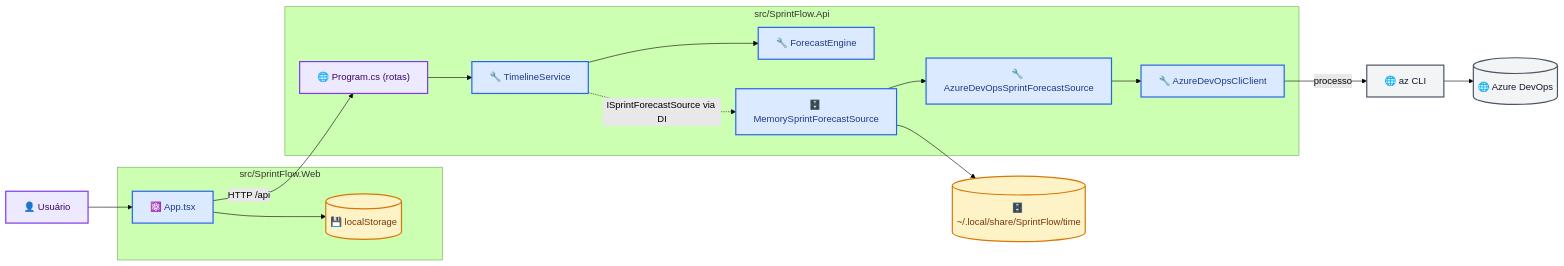
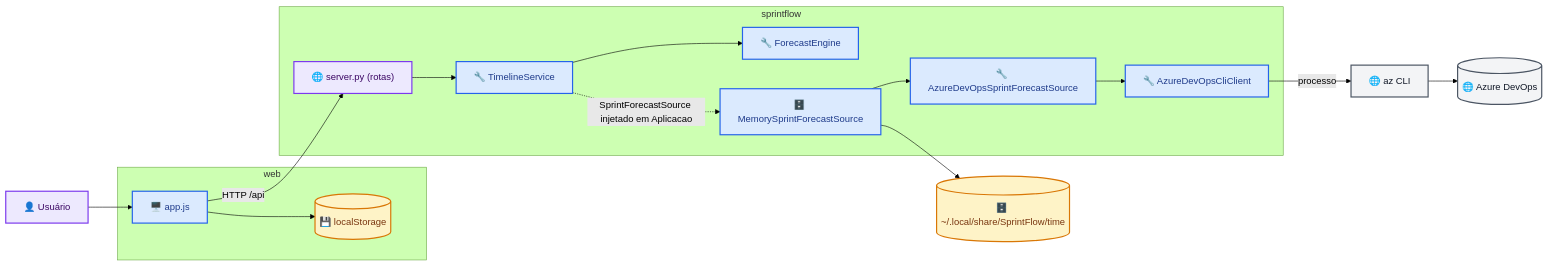
Before and after one commit to alepspizzetti/SprintFlow: the first of 7 diagrams in .docs/ARQUITETURA.md, drawn with Mermaid (forest theme). The commit also changed other lines of this file and 54 other files, not shown here.

First line of the commit message:
Feat:reescreve o SprintFlow em Python e JS puro

````diff
--- a/.docs/ARQUITETURA.md
+++ b/.docs/ARQUITETURA.md
@@ -27,36 +27,36 @@
 ```mermaid
 flowchart LR
   classDef api fill:#EDE9FE,stroke:#7C3AED,color:#3B0764,stroke-width:2px
   classDef externo fill:#F3F4F6,stroke:#4B5563,color:#111827,stroke-width:2px
   classDef processo fill:#DBEAFE,stroke:#2563EB,color:#1E3A8A,stroke-width:2px
   classDef dados fill:#FEF3C7,stroke:#D97706,color:#78350F,stroke-width:2px
 
   usuario["👤 Usuário"]:::api
-  subgraph WEB["src/SprintFlow.Web"]
-    app["⚛️ App.tsx"]:::processo
+  subgraph WEB["web"]
+    app["🖥️ app.js"]:::processo
     storage[("💾 localStorage")]:::dados
   end
-  subgraph API["src/SprintFlow.Api"]
-    rotas["🌐 Program.cs (rotas)"]:::api
+  subgraph API["sprintflow"]
+    rotas["🌐 server.py (rotas)"]:::api
     timeline["🔧 TimelineService"]:::processo
     engine["🔧 ForecastEngine"]:::processo
     cache["🗄️ MemorySprintForecastSource"]:::processo
     fonte["🔧 AzureDevOpsSprintForecastSource"]:::processo
     cli["🔧 AzureDevOpsCliClient"]:::processo
   end
   disco[("🗄️ ~/.local/share/SprintFlow/time")]:::dados
   az["🌐 az CLI"]:::externo
   ado[("🌐 Azure DevOps")]:::externo
 
   usuario --> app
   app --> storage
   app -->|HTTP /api| rotas
   rotas --> timeline
-  timeline -.->|ISprintForecastSource via DI| cache
+  timeline -.->|SprintForecastSource injetado em Aplicacao| cache
   timeline --> engine
   cache --> disco
   cache --> fonte
   fonte --> cli
   cli -->|processo| az
   az --> ado
 ```
````
